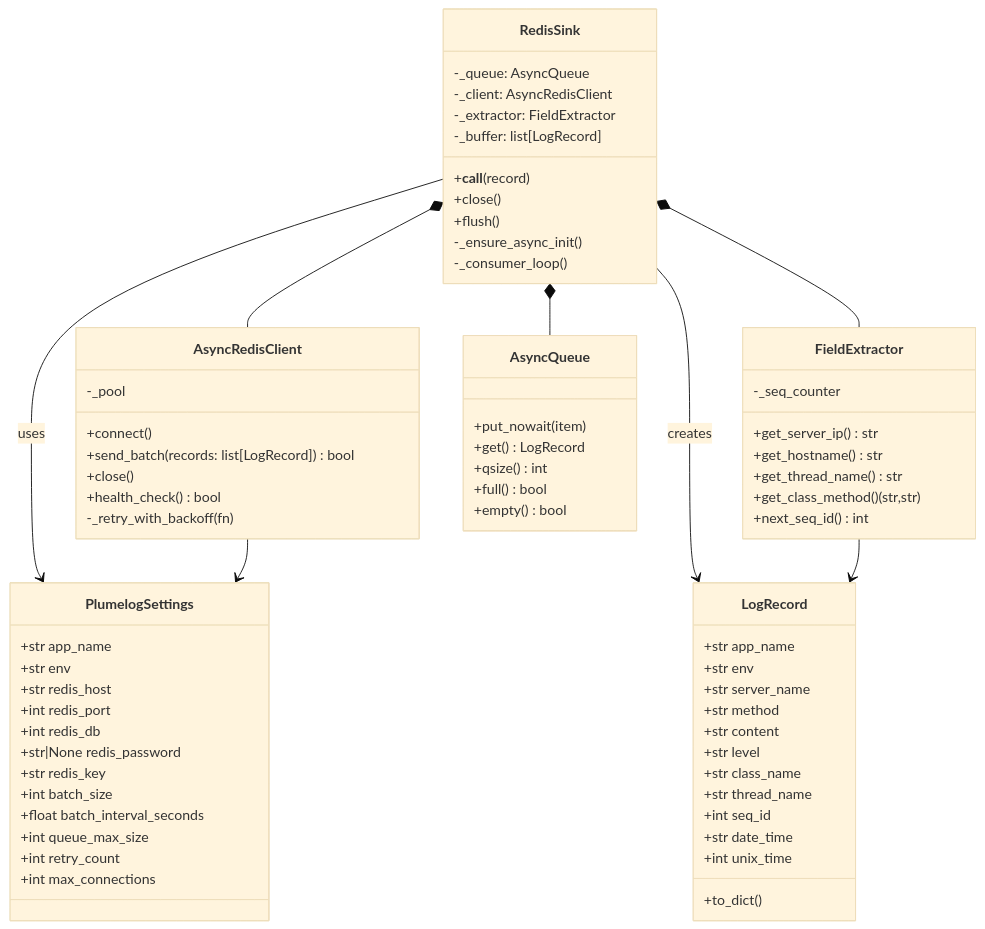
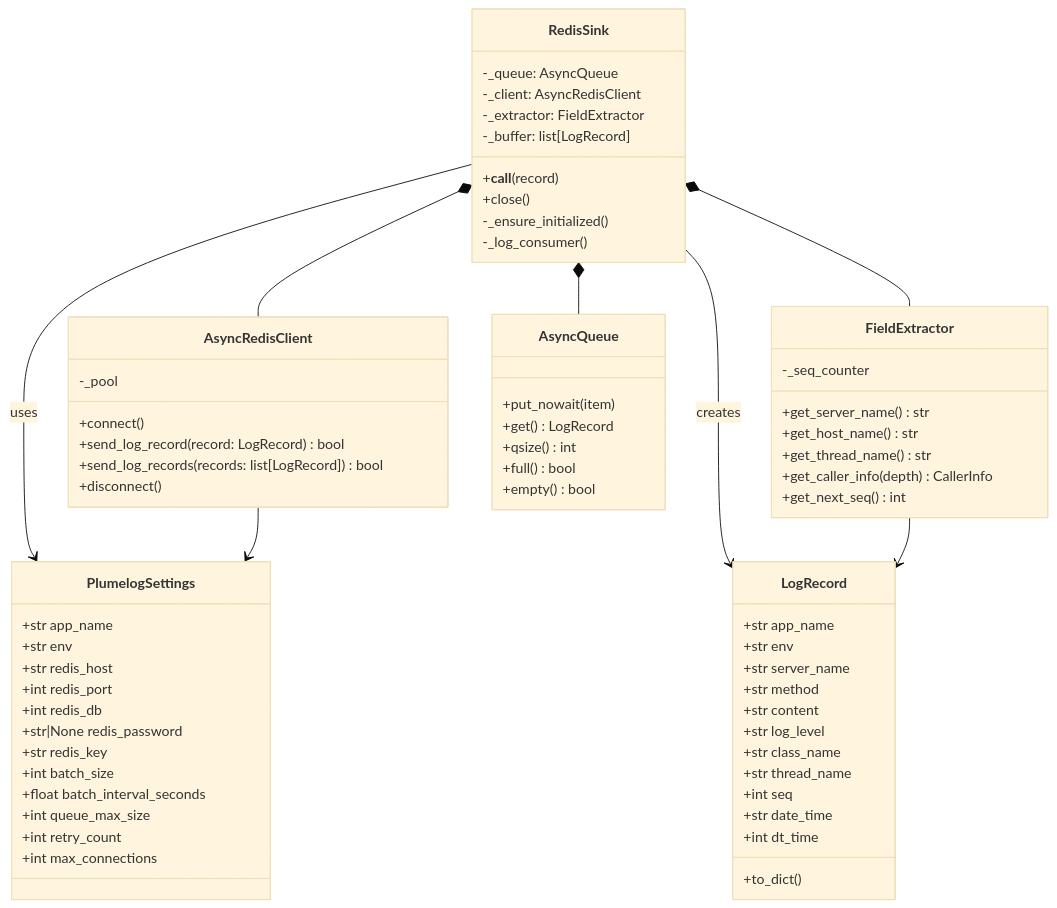
The third of 3 diagrams in README.md (CodingOX/plumelog_loguru), drawn with Mermaid (base theme) before and after one commit. The commit also changed other lines of this file, not shown here.

Commit message:
docs(sink): 更新 README 设计类图和架构说明
- 同步设计图和配置列表，移除废弃属性并回填新超时及背压参数

- 重写降级与背压机制描述，使之与有界临时缓存新实现匹配

````diff
--- a/README.md
+++ b/README.md
@@ -209,79 +213,77 @@
 ```mermaid
 classDiagram
     class PlumelogSettings {
         +str app_name
         +str env
         +str redis_host
         +int redis_port
         +int redis_db
         +str|None redis_password
         +str redis_key
         +int batch_size
         +float batch_interval_seconds
         +int queue_max_size
         +int retry_count
         +int max_connections
     }
 
     class LogRecord {
         +str app_name
         +str env
         +str server_name
         +str method
         +str content
-        +str level
+        +str log_level
         +str class_name
         +str thread_name
-        +int seq_id
+        +int seq
         +str date_time
-        +int unix_time
+        +int dt_time
         +to_dict()
     }
 
     class FieldExtractor {
-        +get_server_ip() str
-        +get_hostname() str
+        +get_server_name() str
+        +get_host_name() str
         +get_thread_name() str
-        +get_class_method() (str,str)
-        +next_seq_id() int
+        +get_caller_info(depth) CallerInfo
+        +get_next_seq() int
         -_seq_counter
     }
 
     class AsyncRedisClient {
         +connect()
-        +send_batch(records: list[LogRecord]) bool
-        +close()
-        +health_check() bool
-        -_retry_with_backoff(fn)
+        +send_log_record(record: LogRecord) bool
+        +send_log_records(records: list[LogRecord]) bool
+        +disconnect()
         -_pool
     }
 
     class AsyncQueue {
         +put_nowait(item)
         +get() LogRecord
         +qsize() int
         +full() bool
         +empty() bool
     }
 
     class RedisSink {
         +__call__(record)
         +close()
-        +flush()
-        -_ensure_async_init()
-        -_consumer_loop()
+        -_ensure_initialized()
+        -_log_consumer()
         -_queue: AsyncQueue
         -_client: AsyncRedisClient
         -_extractor: FieldExtractor
         -_buffer: list[LogRecord]
     }
 
     RedisSink --> PlumelogSettings : uses
     RedisSink *-- AsyncQueue
     RedisSink *-- AsyncRedisClient
     RedisSink *-- FieldExtractor
     RedisSink --> LogRecord : creates
     AsyncRedisClient --> PlumelogSettings
     FieldExtractor --> LogRecord
 
 ```
````
